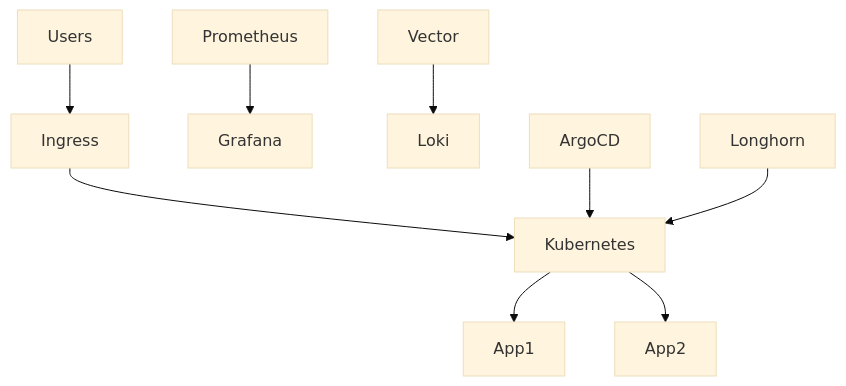
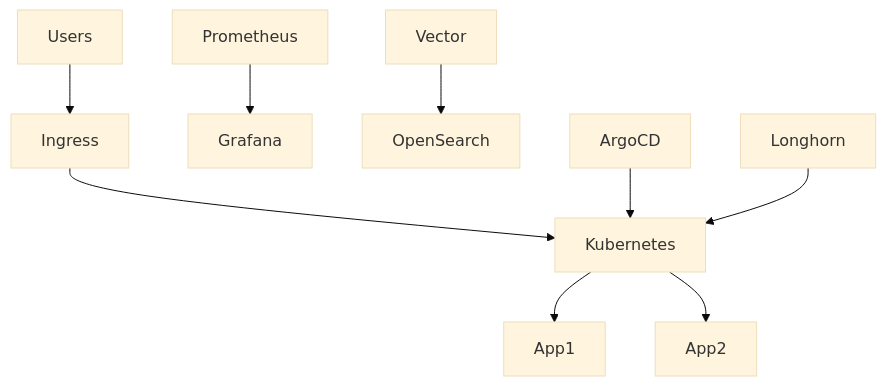
Before and after one commit to Nelochka34/k8s-self-managed-platform: the diagram in docs/architecture.md, drawn with Mermaid (base theme).

````diff
--- a/docs/architecture.md
+++ b/docs/architecture.md
@@ -36,18 +36,18 @@
 ```mermaid
 graph TD
 
 Users --> Ingress
 
 Ingress --> Kubernetes
 
 Kubernetes --> App1
 Kubernetes --> App2
 
 Prometheus --> Grafana
 
-Vector --> Loki
+Vector --> OpenSearch
 
 ArgoCD --> Kubernetes
 
 Longhorn --> Kubernetes
 ```
````
